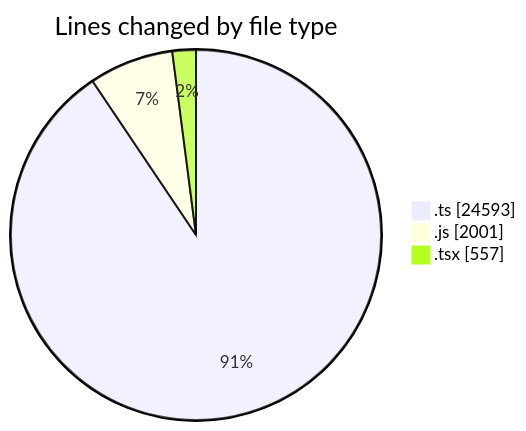
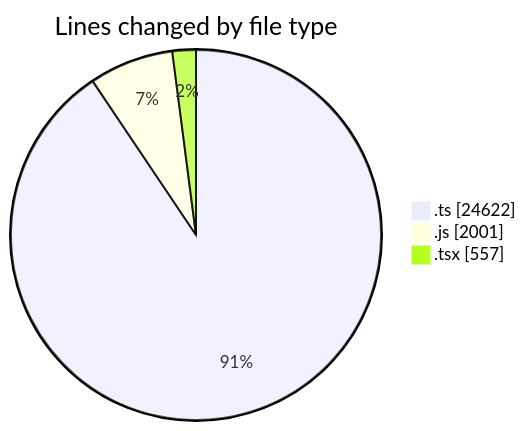
The first of 2 diagrams in 2025-06-20/cda/README.md (momahboobian/code-tracking), drawn with Mermaid before and after one commit. The commit also changed other lines of this file and 1 other file, not shown here.

````diff
--- a/2025-06-20/cda/README.md
+++ b/2025-06-20/cda/README.md
@@ -37,7 +38,7 @@
 ```mermaid
 pie showData
 title Lines changed by file type
-".ts" : 24593
+".ts" : 24622
 ".js" : 2001
 ".tsx" : 557
 ```
````
